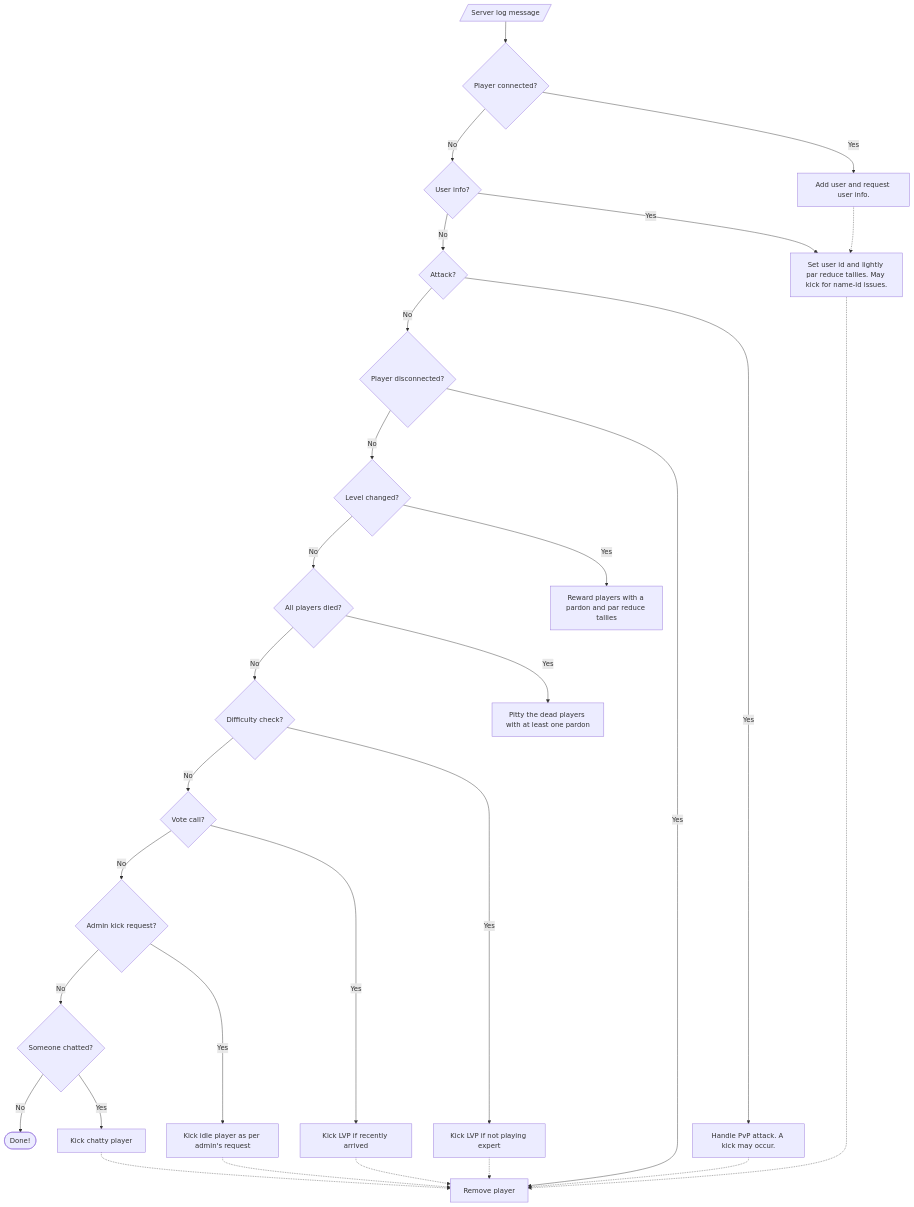
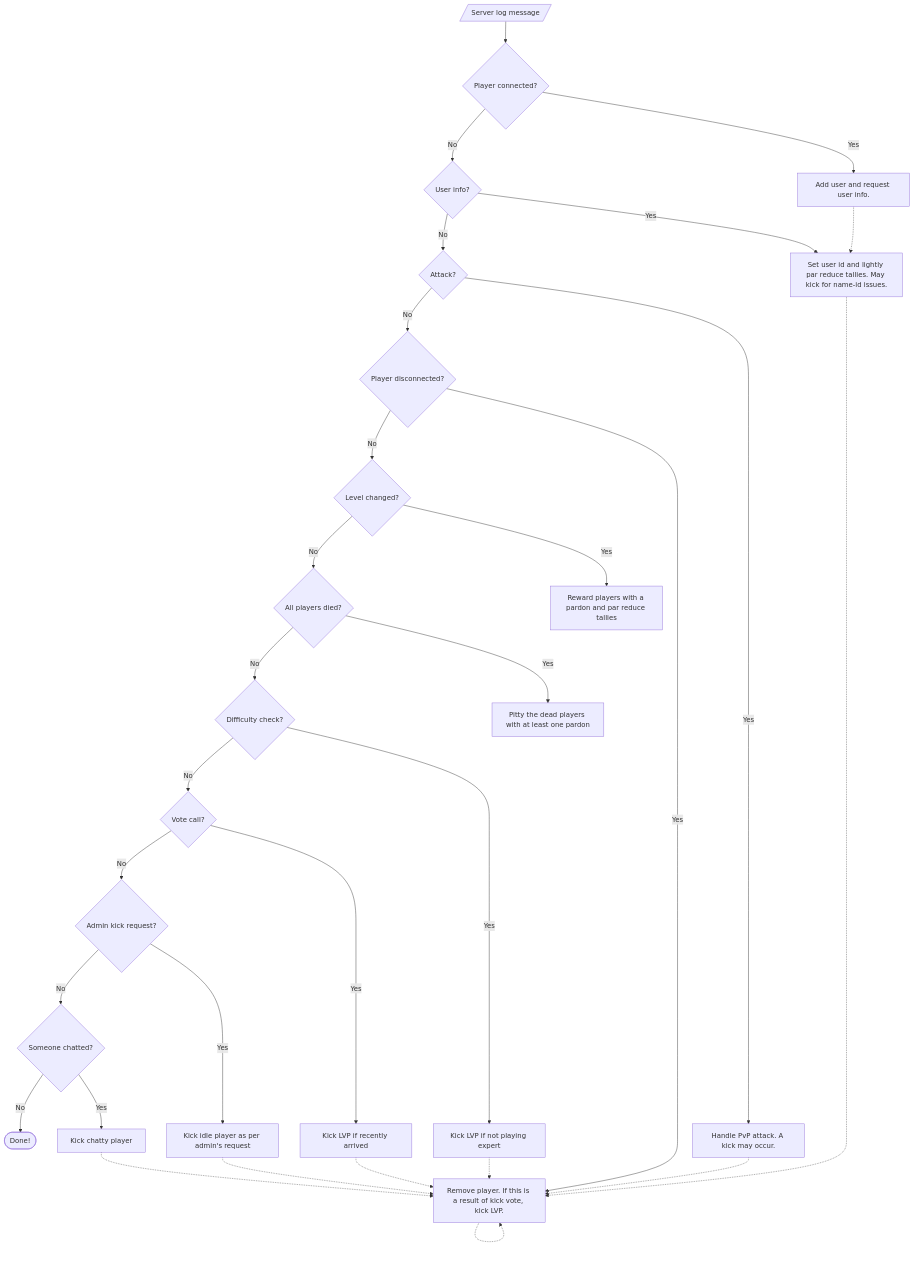
One commit to carlosjhr64/l4d2-observer changed the diagram in README.md. Above: the diagram before and after it, drawn with Mermaid.

````diff
--- a/README.md
+++ b/README.md
@@ -32,31 +32,32 @@
 ```mermaid
 flowchart TD;
   LogMsg[/Server log message/] --> Connected{Player connected?};
   Connected -->|No| UserInfo{User info?};
   Connected -->|Yes| ProcessConnected[Add user and request user info.];
   UserInfo -->|No| Attack{Attack?};
   UserInfo -->|Yes| ProcessUserInfo[Set user id and lightly par reduce tallies. May kick for name-id issues.];
   ProcessConnected -.-> ProcessUserInfo;
   Attack -->|No| Dropped{Player disconnected?};
   Attack -->|Yes| ProcessAttack[Handle PvP attack. A kick may occur.]
   Dropped -->|No| ChangeLevel{Level changed?}
-  Dropped -->|Yes| ProcessDropped[Remove player]
+  Dropped -->|Yes| ProcessDropped[Remove player. If this is a result of kick vote, kick LVP.]
+  ProcessDropped -.-> ProcessDropped
   ProcessUserInfo -.-> ProcessDropped
   ProcessAttack -.-> ProcessDropped
   ChangeLevel -->|No| InitDirectorScript{All players died?}
   ChangeLevel -->|Yes| ProcessChangeLevel[Reward players with a pardon and par reduce tallies]
   InitDirectorScript -->|No| DifficultyCheck{Difficulty check?}
   InitDirectorScript -->|Yes| ProcessInitDirectorScript[Pitty the dead players with at least one pardon]
   DifficultyCheck -->|No| PotentialVote{Vote call?}
   DifficultyCheck -->|Yes| ProcessDifficultyCheck[Kick LVP if not playing expert] 
   ProcessDifficultyCheck -.-> ProcessDropped
   PotentialVote --> |No| IdleKick{Admin kick request?}
   PotentialVote --> |Yes| ProcessPotentialVote[Kick LVP if recently arrived]
   ProcessPotentialVote -.-> ProcessDropped
   IdleKick --> |No| Chat{Someone chatted?}
   IdleKick --> |Yes| ProcessIdleKick[Kick idle player as per admin's request]
   ProcessIdleKick -.-> ProcessDropped
   Chat --> |No| Stop([Done!])
   Chat --> |Yes| ProcessChat[Kick chatty player]
   ProcessChat -.-> ProcessDropped
 ```
````
